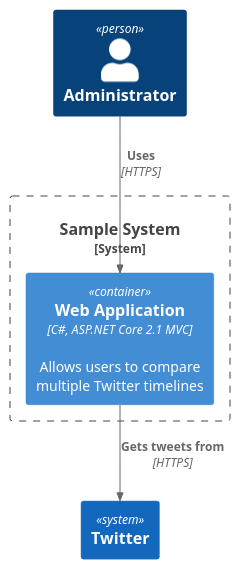
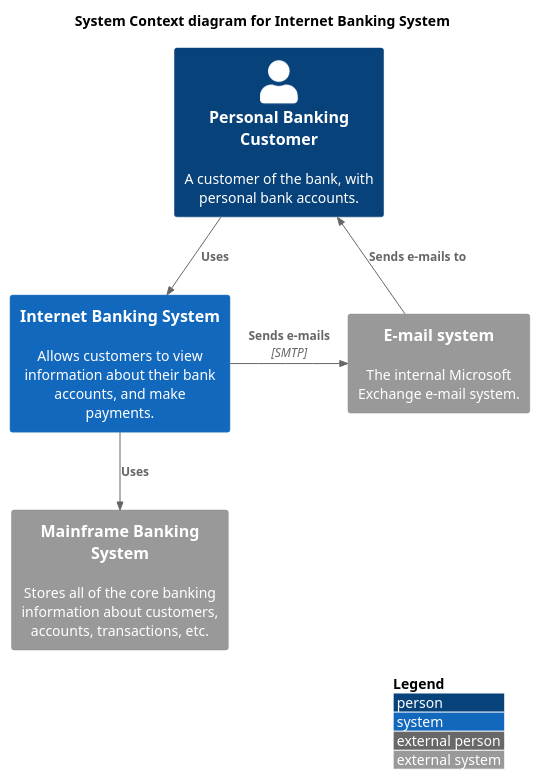
Before and after one commit to jnerydesigner/parking-nest-next-graphql: the diagram in diagram.c4model.puml, drawn with PlantUML.

Commit message:
Feat: c4model example

```diff
--- a/diagram.c4model.puml
+++ b/diagram.c4model.puml
@@ -1,12 +1,20 @@
-@startuml Basic Sample
-!include https://raw.githubusercontent.com/plantuml-stdlib/C4-PlantUML/master/C4_Container.puml
+@startuml
+!include https://raw.githubusercontent.com/plantuml-stdlib/C4-PlantUML/master/C4_Context.puml
+' uncomment the following line and comment the first to use locally
+' !include C4_Context.puml
 
-Person(admin, "Administrator")
-System_Boundary(c1, "Sample System") {
-    Container(web_app, "Web Application", "C#, ASP.NET Core 2.1 MVC", "Allows users to compare multiple Twitter timelines")
-}
-System(twitter, "Twitter")
+LAYOUT_WITH_LEGEND()
 
-Rel(admin, web_app, "Uses", "HTTPS")
-Rel(web_app, twitter, "Gets tweets from", "HTTPS")
+title System Context diagram for Internet Banking System
+
+Person(customer, "Personal Banking Customer", "A customer of the bank, with personal bank accounts.")
+System(banking_system, "Internet Banking System", "Allows customers to view information about their bank accounts, and make payments.")
+
+System_Ext(mail_system, "E-mail system", "The internal Microsoft Exchange e-mail system.")
+System_Ext(mainframe, "Mainframe Banking System", "Stores all of the core banking information about customers, accounts, transactions, etc.")
+
+Rel(customer, banking_system, "Uses")
+Rel_Back(customer, mail_system, "Sends e-mails to")
+Rel_Neighbor(banking_system, mail_system, "Sends e-mails", "SMTP")
+Rel(banking_system, mainframe, "Uses")
 @enduml
```
